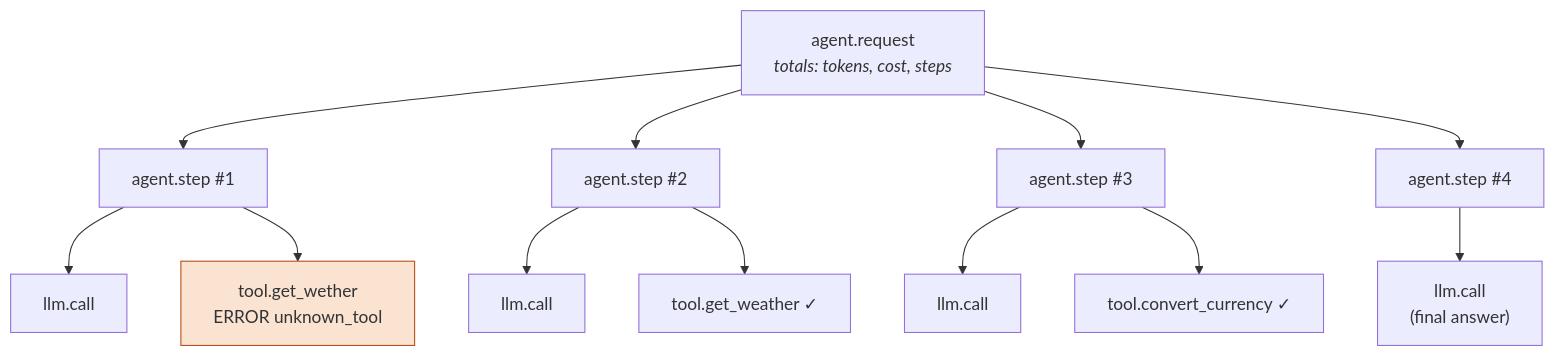
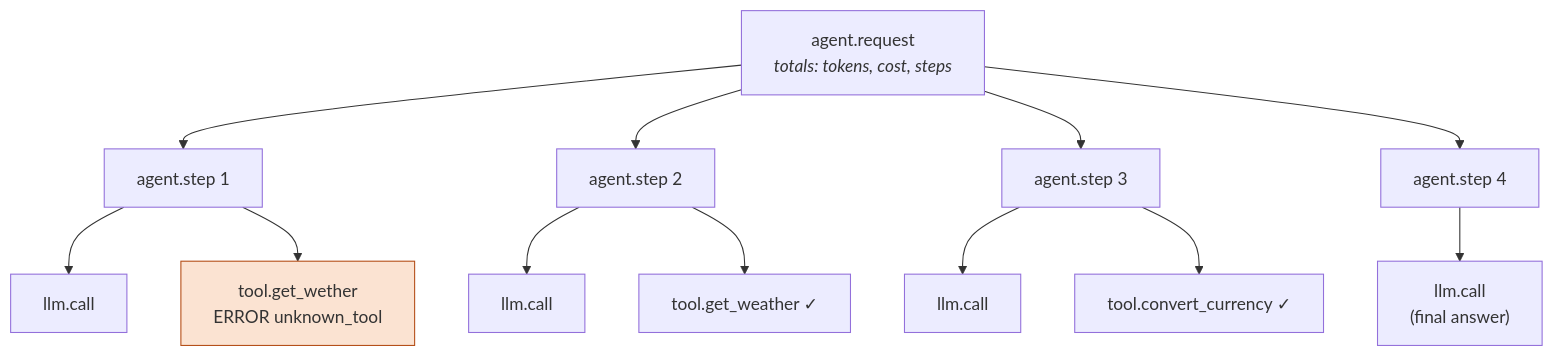
Before and after one commit to Arun-2010/agent-trace: the third of 5 diagrams in README.md, drawn with Mermaid.

Commit message:
Quote span-tree labels in README diagram

````diff
--- a/README.md
+++ b/README.md
@@ -149,10 +149,10 @@
 ```mermaid
 flowchart TD
     R["agent.request<br/><i>totals: tokens, cost, steps</i>"]
-    R --> S1[agent.step #1] & S2[agent.step #2] & S3[agent.step #3] & S4[agent.step #4]
+    R --> S1["agent.step 1"] & S2["agent.step 2"] & S3["agent.step 3"] & S4["agent.step 4"]
     S1 --> L1[llm.call] & T1["tool.get_wether<br/>ERROR unknown_tool"]
     S2 --> L2[llm.call] & T2[tool.get_weather ✓]
     S3 --> L3[llm.call] & T3[tool.convert_currency ✓]
     S4 --> L4["llm.call<br/>(final answer)"]
     style T1 fill:#fbe3d2,stroke:#b44d16
 ```
````
